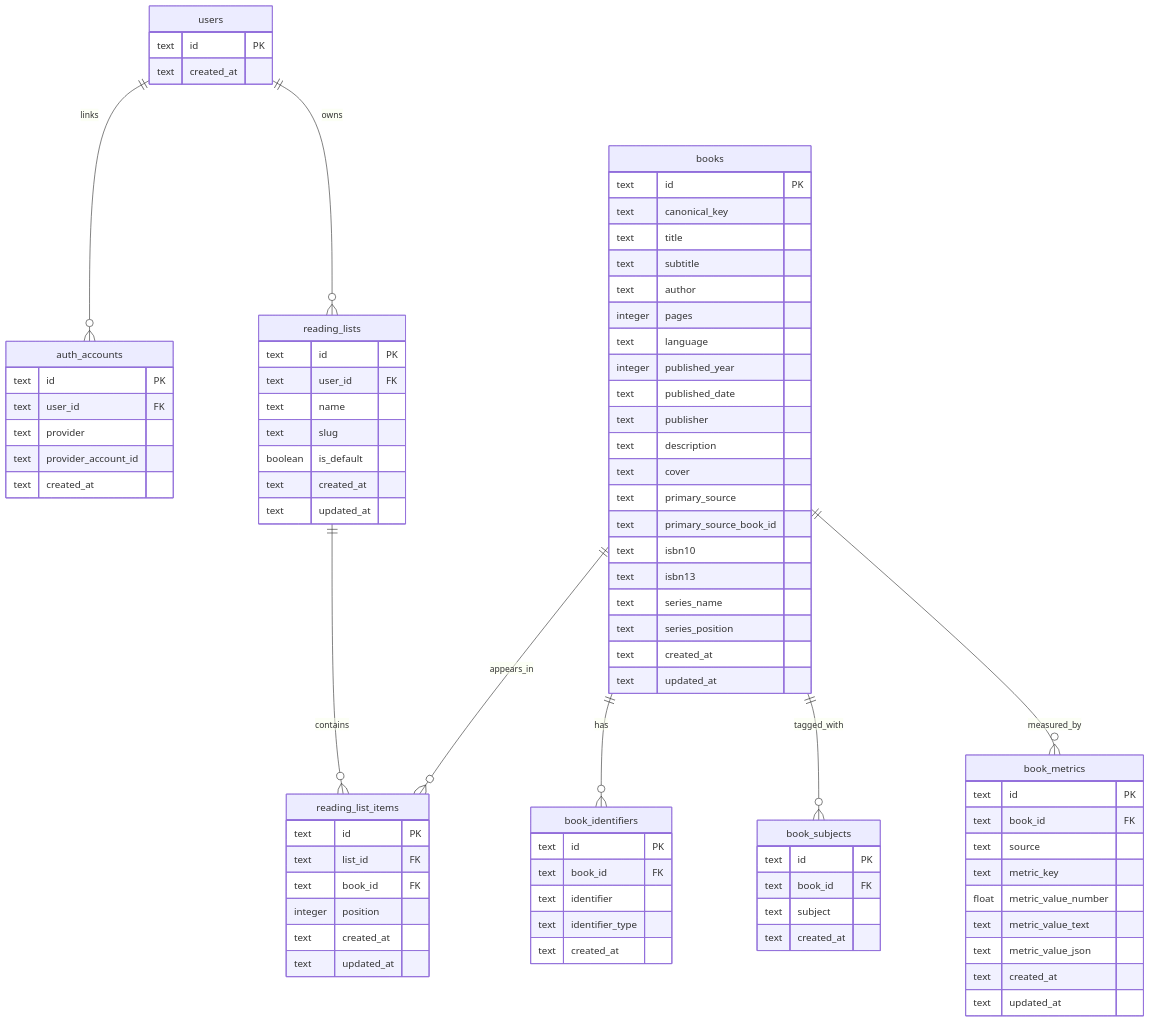
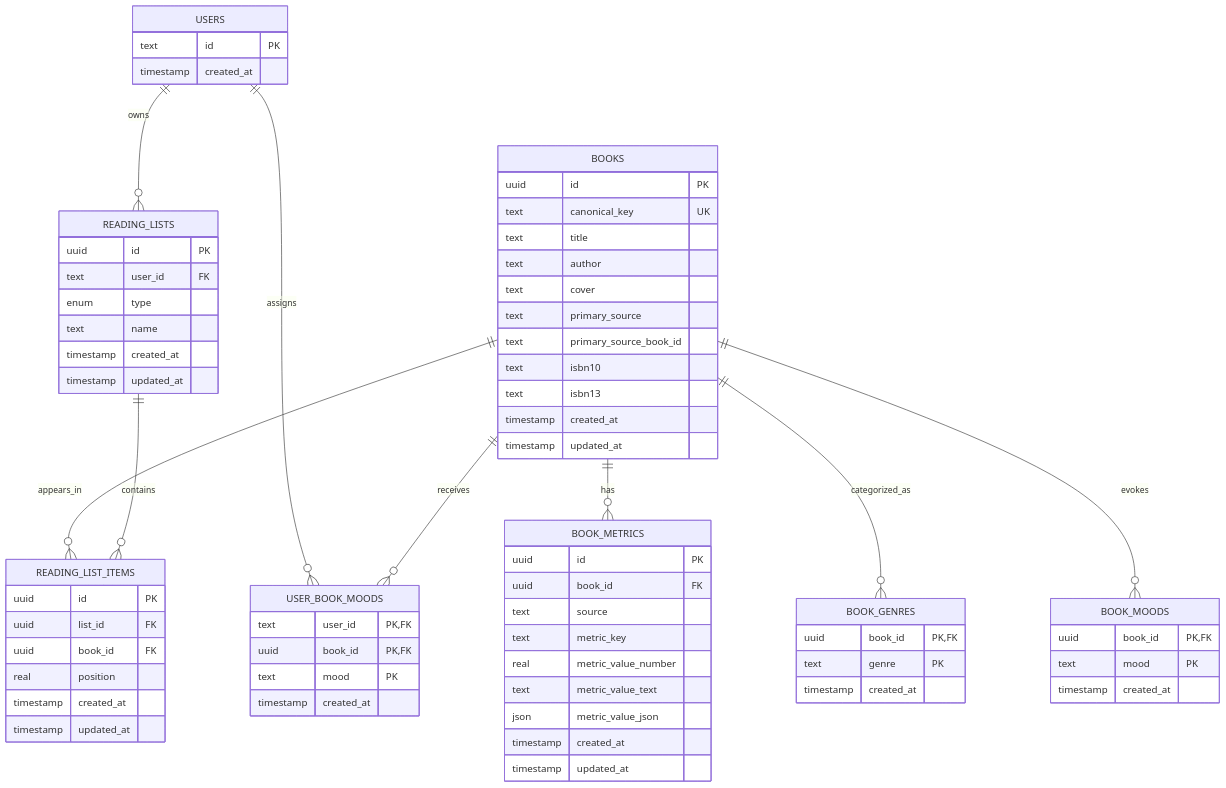
One commit to felipeospina21/tbr_list changed the diagram in docs/database-schema.md. Above: the diagram before and after it, drawn with Mermaid. The commit also changed other lines of this file and 26 other files, not shown here.

Commit message:
add new schema and add books command

````diff
--- a/docs/database-schema.md
+++ b/docs/database-schema.md
@@ -3,92 +3,81 @@
 ```mermaid
 erDiagram
-  users ||--o{ auth_accounts : links
-  users ||--o{ reading_lists : owns
-  reading_lists ||--o{ reading_list_items : contains
-  books ||--o{ reading_list_items : appears_in
-  books ||--o{ book_identifiers : has
-  books ||--o{ book_subjects : tagged_with
-  books ||--o{ book_metrics : measured_by
+    USERS {
+        text id PK
+        timestamp created_at
+    }
 
-  users {
-    text id PK
-    text created_at
-  }
+    BOOKS {
+        uuid id PK
+        text canonical_key UK
+        text title
+        text author
+        text cover
+        text primary_source
+        text primary_source_book_id
+        text isbn10
+        text isbn13
+        timestamp created_at
+        timestamp updated_at
+    }
 
-  auth_accounts {
-    text id PK
-    text user_id FK
-    text provider
-    text provider_account_id
-    text created_at
-  }
+    BOOK_METRICS {
+        uuid id PK
+        uuid book_id FK
+        text source
+        text metric_key
+        real metric_value_number
+        text metric_value_text
+        json metric_value_json
+        timestamp created_at
+        timestamp updated_at
+    }
 
-  reading_lists {
-    text id PK
-    text user_id FK
-    text name
-    text slug
-    boolean is_default
-    text created_at
-    text updated_at
-  }
+    BOOK_GENRES {
+        uuid book_id PK,FK
+        text genre PK
+        timestamp created_at
+    }
 
-  books {
-    text id PK
-    text canonical_key
-    text title
-    text subtitle
-    text author
-    integer pages
-    text language
-    integer published_year
-    text published_date
-    text publisher
-    text description
-    text cover
-    text primary_source
-    text primary_source_book_id
-    text isbn10
-    text isbn13
-    text series_name
-    text series_position
-    text created_at
-    text updated_at
-  }
+    BOOK_MOODS {
+        uuid book_id PK,FK
+        text mood PK
+        timestamp created_at
+    }
 
-  book_identifiers {
-    text id PK
-    text book_id FK
-    text identifier
-    text identifier_type
-    text created_at
-  }
+    USER_BOOK_MOODS {
+        text user_id PK,FK
+        uuid book_id PK,FK
+        text mood PK
+        timestamp created_at
+    }
 
-  book_subjects {
-    text id PK
-    text book_id FK
-    text subject
-    text created_at
-  }
+    READING_LISTS {
+        uuid id PK
+        text user_id FK
+        enum type
+        text name
+        timestamp created_at
+        timestamp updated_at
+    }
 
-  book_metrics {
-    text id PK
-    text book_id FK
-    text source
-    text metric_key
-    float metric_value_number
-    text metric_value_text
-    text metric_value_json
-    text created_at
-    text updated_at
-  }
+    READING_LIST_ITEMS {
+        uuid id PK
+        uuid list_id FK
+        uuid book_id FK
+        real position
+        timestamp created_at
+        timestamp updated_at
+    }
 
-  reading_list_items {
-    text id PK
-    text list_id FK
-    text book_id FK
-    integer position
-    text created_at
-    text updated_at
-  }
+    USERS ||--o{ READING_LISTS : owns
+    USERS ||--o{ USER_BOOK_MOODS : assigns
+
+    BOOKS ||--o{ BOOK_METRICS : has
+    BOOKS ||--o{ BOOK_GENRES : categorized_as
+    BOOKS ||--o{ BOOK_MOODS : evokes
+    BOOKS ||--o{ USER_BOOK_MOODS : receives
+    BOOKS ||--o{ READING_LIST_ITEMS : appears_in
+
+    READING_LISTS ||--o{ READING_LIST_ITEMS : contains
 ```
````
